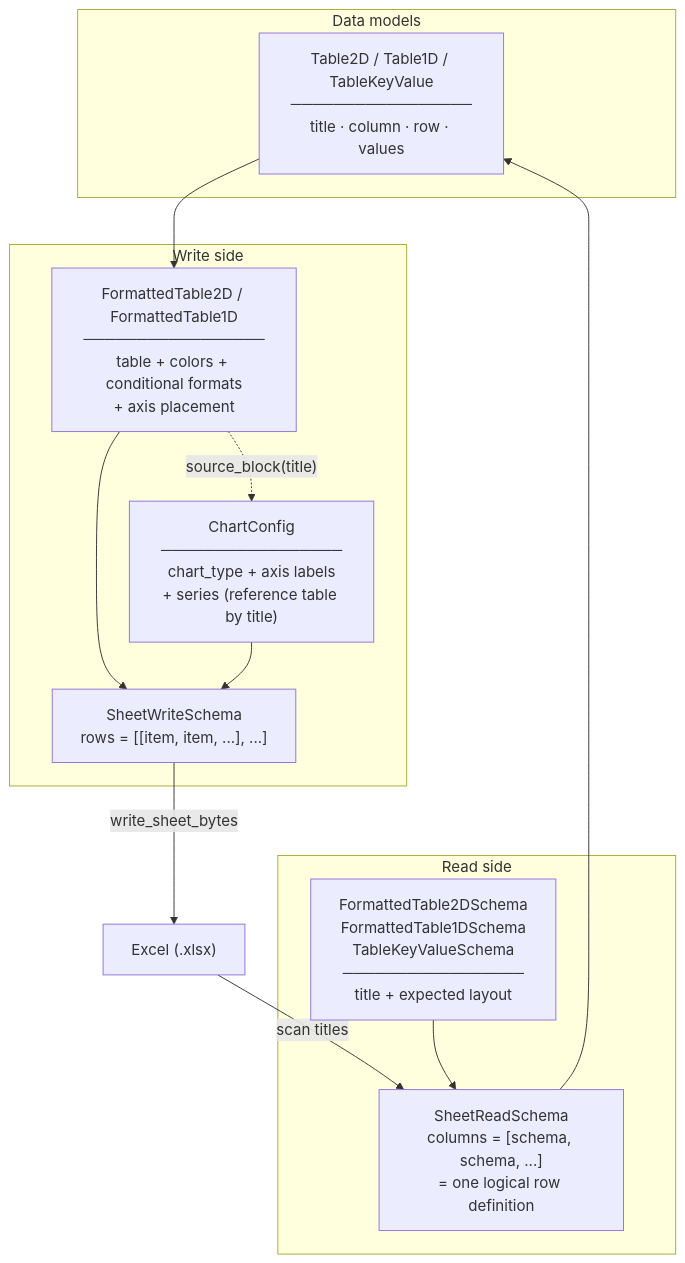
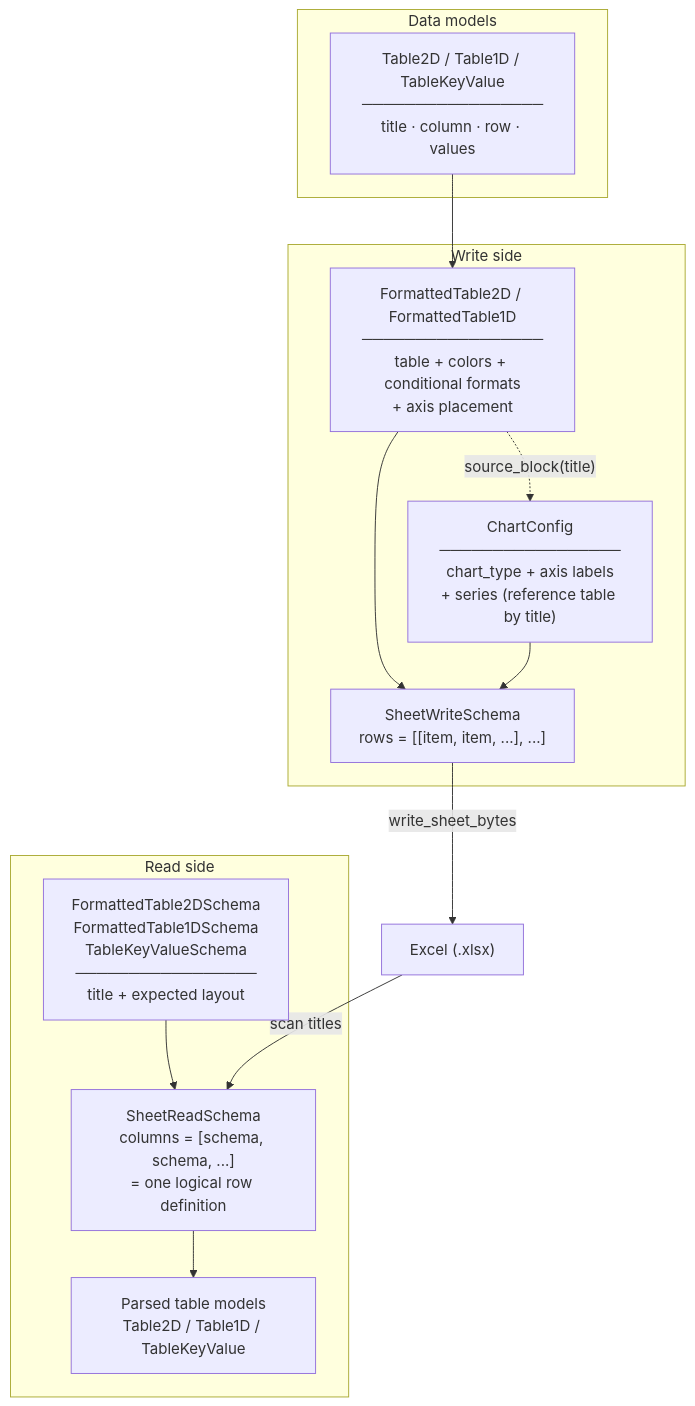
Before and after one commit to hiroshiasayadev-prog/excel-table: the first of 2 diagrams in readme.md, drawn with Mermaid. The commit also changed other lines of this file and 1 other file, not shown here.

````diff
--- a/readme.md
+++ b/readme.md
@@ -65,27 +65,28 @@
 ```mermaid
 flowchart TB
     subgraph Data["Data models"]
         T2D["Table2D / Table1D / TableKeyValue\n─────────────────\ntitle · column · row · values"]
     end
 
     subgraph Write["Write side"]
         FT["FormattedTable2D / FormattedTable1D\n─────────────────\ntable + colors + conditional formats\n+ axis placement"]
         CH["ChartConfig\n─────────────────\nchart_type + axis labels\n+ series (reference table by title)"]
         SWS["SheetWriteSchema\nrows = [[item, item, ...], ...]"]
     end
 
     subgraph Read["Read side"]
         RS["FormattedTable2DSchema\nFormattedTable1DSchema\nTableKeyValueSchema\n─────────────────\ntitle + expected layout"]
         SRS["SheetReadSchema\ncolumns = [schema, schema, ...]\n= one logical row definition"]
+        PTM["Parsed table models\nTable2D / Table1D / TableKeyValue"]
     end
 
     T2D --> FT
     FT --> SWS
     FT -. source_block(title) .-> CH
     CH --> SWS
     RS --> SRS
 
     SWS -->|write_sheet_bytes| XL["Excel (.xlsx)"]
     XL -->|"scan titles"| SRS
-    SRS --> T2D
+    SRS --> PTM
 ```
````
